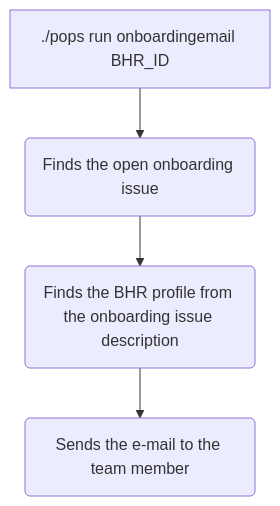
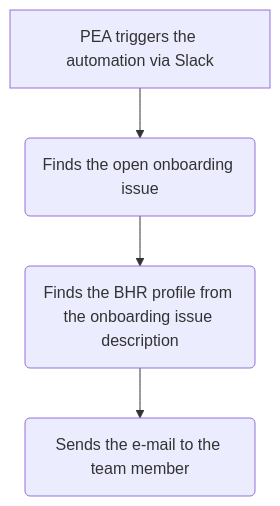
The second of 2 diagrams in people-group/engineering/onboarding/index.html.md (secretstartups/handbook), drawn with Mermaid before and after one commit. The commit also changed other lines of this file and 2 other files, not shown here.

Commit message:
Remove pops commands from public handbook

````diff
--- a/people-group/engineering/onboarding/index.html.md
+++ b/people-group/engineering/onboarding/index.html.md
@@ -140,6 +129,6 @@
 ```mermaid
 graph TD
-    A[./pops run onboardingemail BHR_ID] -->B(Finds the open onboarding issue)
+    A[PEA triggers the automation via Slack] -->B(Finds the open onboarding issue)
     B --> C(Finds the BHR profile from the onboarding issue description)
     C --> D(Sends the e-mail to the team member)
 ```
````
